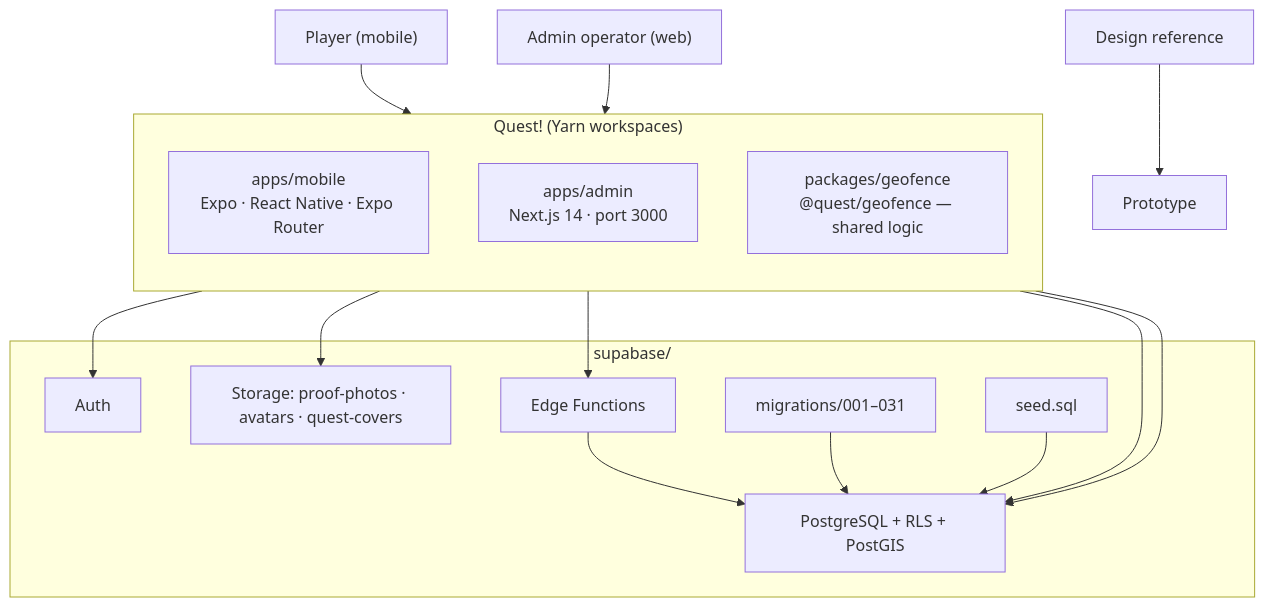
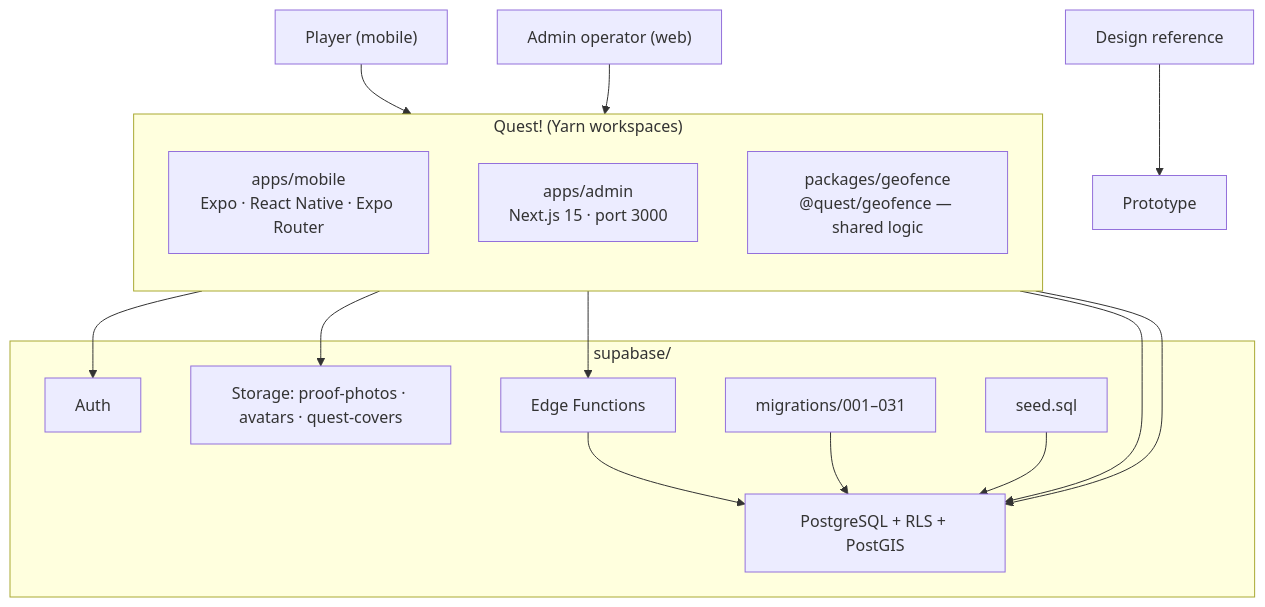
One commit to Rahilyw/Quest changed the first of 6 diagrams in ARCHITECTURE.md. Above: the diagram before and after it, drawn with Mermaid. The commit also changed 5 other files, not shown here.

````diff
--- a/ARCHITECTURE.md
+++ b/ARCHITECTURE.md
@@ -7,32 +7,32 @@
 ```mermaid
 flowchart TB
     subgraph Monorepo["Quest! (Yarn workspaces)"]
         direction TB
         Mobile["apps/mobile<br/>Expo · React Native · Expo Router"]
-        Admin["apps/admin<br/>Next.js 14 · port 3000"]
+        Admin["apps/admin<br/>Next.js 15 · port 3000"]
         Geofence["packages/geofence<br/>@quest/geofence — shared logic"]
     end
 
     subgraph Supabase["supabase/"]
         Auth["Auth"]
         DB["PostgreSQL + RLS + PostGIS"]
         Storage["Storage: proof-photos · avatars · quest-covers"]
         Edge["Edge Functions"]
         Migrations["migrations/001–031"]
         Seed["seed.sql"]
     end
 
     Player["Player (mobile)"] --> Mobile
     Operator["Admin operator (web)"] --> Admin
     Designer["Design reference"] --> Prototype
 
     Mobile --> Auth
     Mobile --> DB
     Mobile --> Storage
     Admin --> DB
     Admin --> Edge
 
     Edge --> DB
     Migrations --> DB
     Seed --> DB
 ```
````
